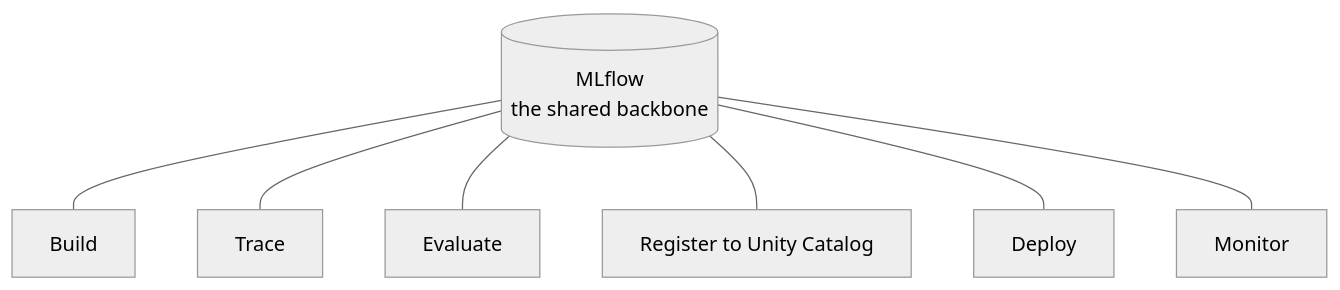
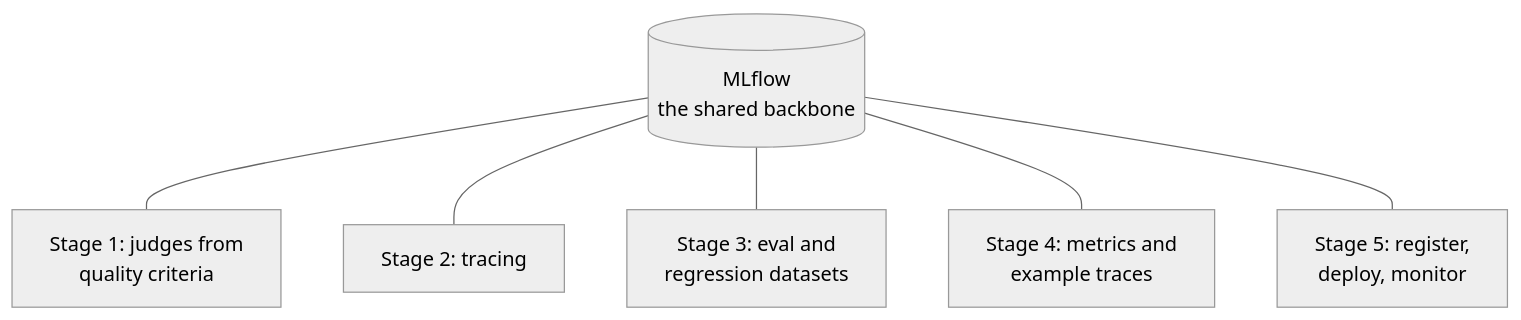
One commit to thedatabrickster/databrickster changed the third of 3 diagrams in website/ai/docs/04-building-agents/01-agent-dev-lifecycle.mdx. Above: the diagram before and after it, drawn with Mermaid (neutral theme). The commit also changed other lines of this file and 8 other files, not shown here.

````diff
--- a/website/ai/docs/04-building-agents/01-agent-dev-lifecycle.mdx
+++ b/website/ai/docs/04-building-agents/01-agent-dev-lifecycle.mdx
@@ -186,10 +198,9 @@
 ```mermaid
 flowchart TB
     M[(MLflow<br/>the shared backbone)]
-    M --- S1[Build]
-    M --- S2[Trace]
-    M --- S3[Evaluate]
-    M --- S4[Register to Unity Catalog]
-    M --- S5[Deploy]
-    M --- S6[Monitor]
+    M --- S1[Stage 1: judges from<br/>quality criteria]
+    M --- S2[Stage 2: tracing]
+    M --- S3[Stage 3: eval and<br/>regression datasets]
+    M --- S4[Stage 4: metrics and<br/>example traces]
+    M --- S5[Stage 5: register,<br/>deploy, monitor]
 ```
````
